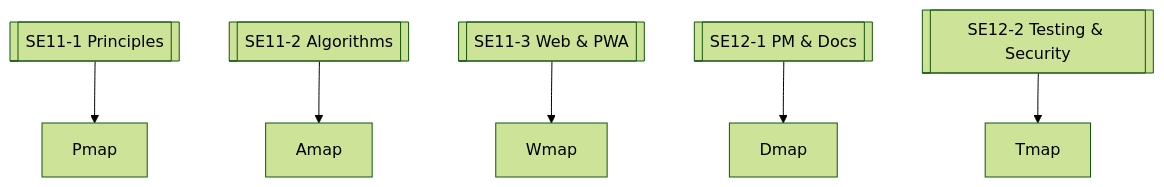
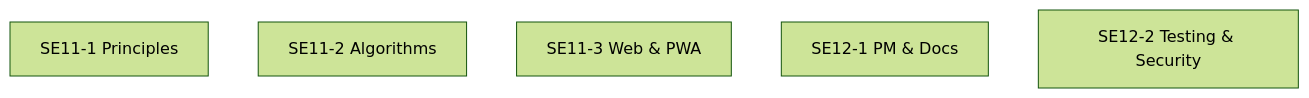
One commit to detnsw-sydtech/Software-Engineering-Examinable-Terms-for-the-NSW-HSC changed the diagram in concept-map.md. Above: the diagram before and after it, drawn with Mermaid (forest theme).

````diff
--- a/concept-map.md
+++ b/concept-map.md
@@ -4,15 +4,16 @@
 ```mermaid
 graph TD
 
-O1[[SE11‑1 Principles]] --> Pmap
-O2[[SE11‑2 Algorithms]] --> Amap
-O3[[SE11‑3 Web & PWA]] --> Wmap
-O4[[SE12‑1 PM & Docs]] --> Dmap
-O5[[SE12‑2 Testing & Security]] --> Tmap
+O1[SE11‑1 Principles]
+O2[SE11‑2 Algorithms]
+O3[SE11‑3 Web & PWA]
+O4[SE12‑1 PM & Docs]
+O5[SE12‑2 Testing & Security]
 
-click O1 "maps/principles-map.md" "View Principles"
-click O2 "[maps/algorithms-map.md](https://github.com/detnsw-sydtech/Software-Engineering-Examinable-Terms-for-the-NSW-HSC/blob/main/maps/algorithms-map.md)" "View Algorithms"
-click O3 "maps/web-map.md" "View Web & PWA"
-click O4 "maps/pm-docs-map.md" "View PM & Docs"
-click O5 "maps/testing-security-map.md" "View Testing & Security"
+click O1 "https://github.com/detnsw-sydtech/Software-Engineering-Examinable-Terms-for-the-NSW-HSC/blob/main/maps/principles-map.md"
+click O2 "https://github.com/detnsw-sydtech/Software-Engineering-Examinable-Terms-for-the-NSW-HSC/blob/main/maps/algorithms-map.md"
+click O3 "https://github.com/detnsw-sydtech/Software-Engineering-Examinable-Terms-for-the-NSW-HSC/blob/main/maps/web-map.md"
+click O4 "https://github.com/detnsw-sydtech/Software-Engineering-Examinable-Terms-for-the-NSW-HSC/blob/main/maps/pm-docs-map.md"
+click O5 "https://github.com/detnsw-sydtech/Software-Engineering-Examinable-Terms-for-the-NSW-HSC/blob/main/maps/testing-security-map.md"
+
 ```
````
